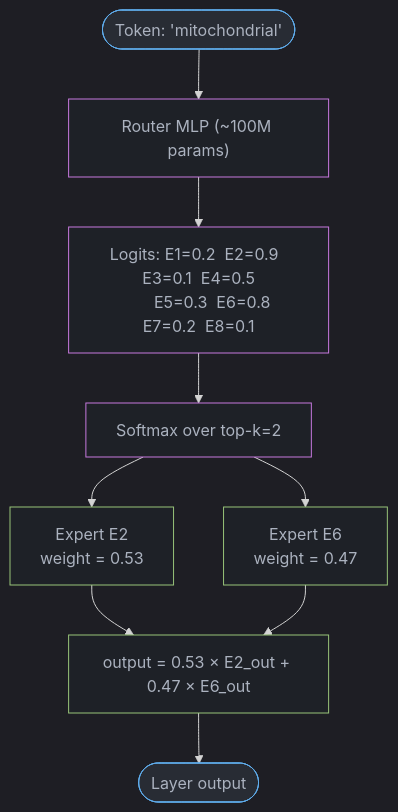
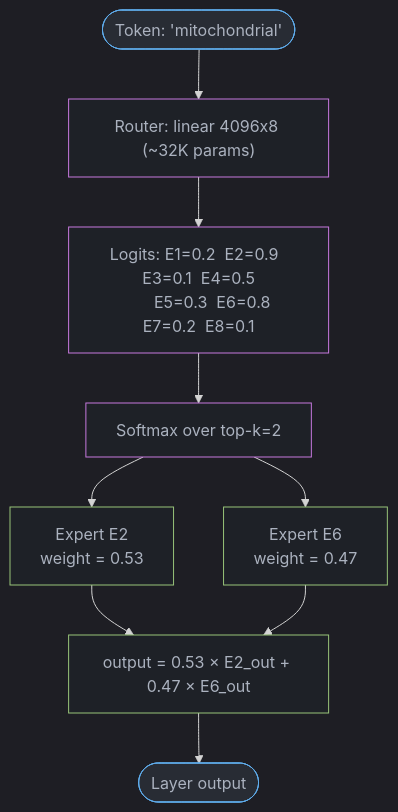
One commit to rppol/system-design changed the first of 3 diagrams in src/main/java/com/rutik/systemdesign/llm/mixture_of_experts/README.md. Above: the diagram before and after it, drawn with Mermaid. The commit also changed other lines of this file and 113 other files, not shown here.

````diff
--- a/src/main/java/com/rutik/systemdesign/llm/mixture_of_experts/README.md
+++ b/src/main/java/com/rutik/systemdesign/llm/mixture_of_experts/README.md
@@ -117,20 +126,20 @@
 ```mermaid
 %%{init: {'flowchart': {'curve': 'basis'}, 'theme': 'dark'}}%%
 flowchart TD
     Token(["Token: 'mitochondrial'"]) --> Router
-    Router["Router MLP (~100M params)"] --> Logits["Logits: E1=0.2  E2=0.9  E3=0.1  E4=0.5\n        E5=0.3  E6=0.8  E7=0.2  E8=0.1"]
+    Router["Router: linear 4096x8 (~32K params)"] --> Logits["Logits: E1=0.2  E2=0.9  E3=0.1  E4=0.5\n        E5=0.3  E6=0.8  E7=0.2  E8=0.1"]
     Logits --> TopK["Softmax over top-k=2"]
     TopK --> E2["Expert E2\nweight = 0.53"] & E6["Expert E6\nweight = 0.47"]
     E2 --> Combine["output = 0.53 × E2_out + 0.47 × E6_out"]
     E6 --> Combine
     Combine --> Out([Layer output])
 
     classDef io     fill:#282c34,stroke:#61afef,color:#abb2bf
     classDef proc   fill:#1e2127,stroke:#98c379,color:#abb2bf
     classDef llm    fill:#1e2127,stroke:#c678dd,color:#abb2bf
     classDef store  fill:#1e2127,stroke:#56b6c2,color:#abb2bf
 
     class Token,Out io
     class Router,TopK,Logits llm
     class E2,E6,Combine proc
 ```
````
